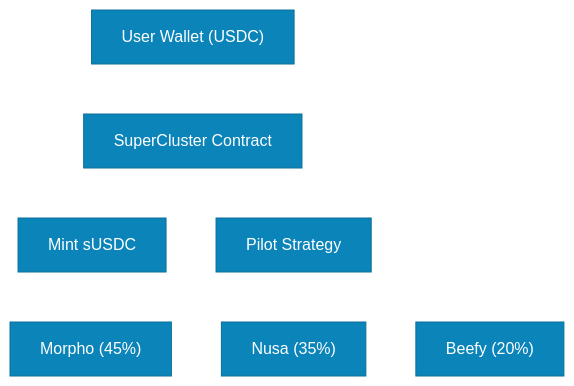
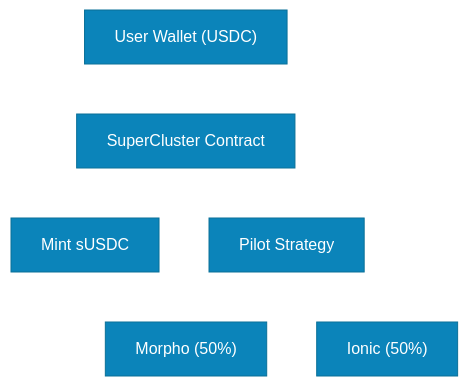
Before and after one commit to super-cluster-lisk/docs: the diagram in docs/user-flow/deposit-stablecoin.md, drawn with Mermaid. The commit also changed other lines of this file and 8 other files, not shown here.

````diff
--- a/docs/user-flow/deposit-stablecoin.md
+++ b/docs/user-flow/deposit-stablecoin.md
@@ -58,18 +58,16 @@
 ```mermaid
 %%{init: {'theme':'base', 'themeVariables': { 'primaryColor':'#0b84ba','primaryTextColor':'#ffffff','primaryBorderColor':'#0a7098','lineColor':'#ffffff','secondaryColor':'#0a7098','tertiaryColor':'#08506e'}}}%%
 flowchart TD
     A["User Wallet (USDC)"]
     B["SuperCluster Contract"]
     C["Mint sUSDC"]
     D["Pilot Strategy"]
-    E["Morpho (45%)"]
-    F["Nusa (35%)"]
-    G["Beefy (20%)"]
+    E["Morpho (50%)"]
+    F["Ionic (50%)"]
 
     A --> B
     B --> C
     B --> D
     D --> E
     D --> F
-    D --> G
 ```
````
